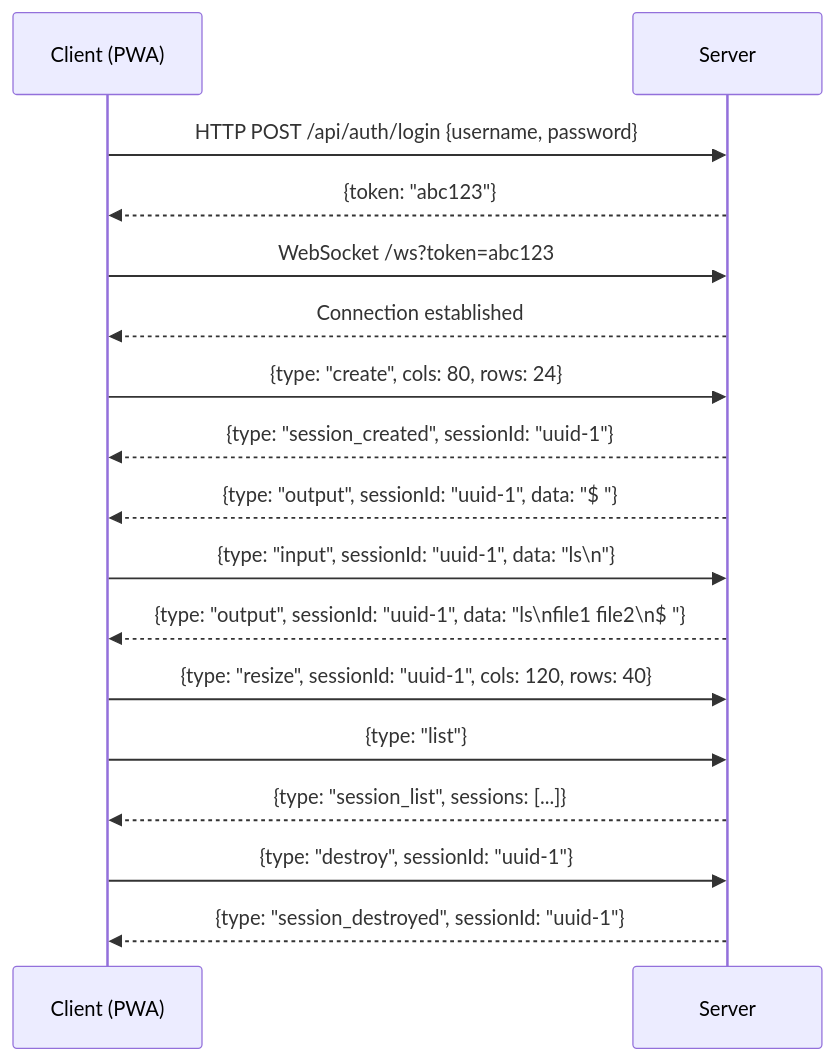
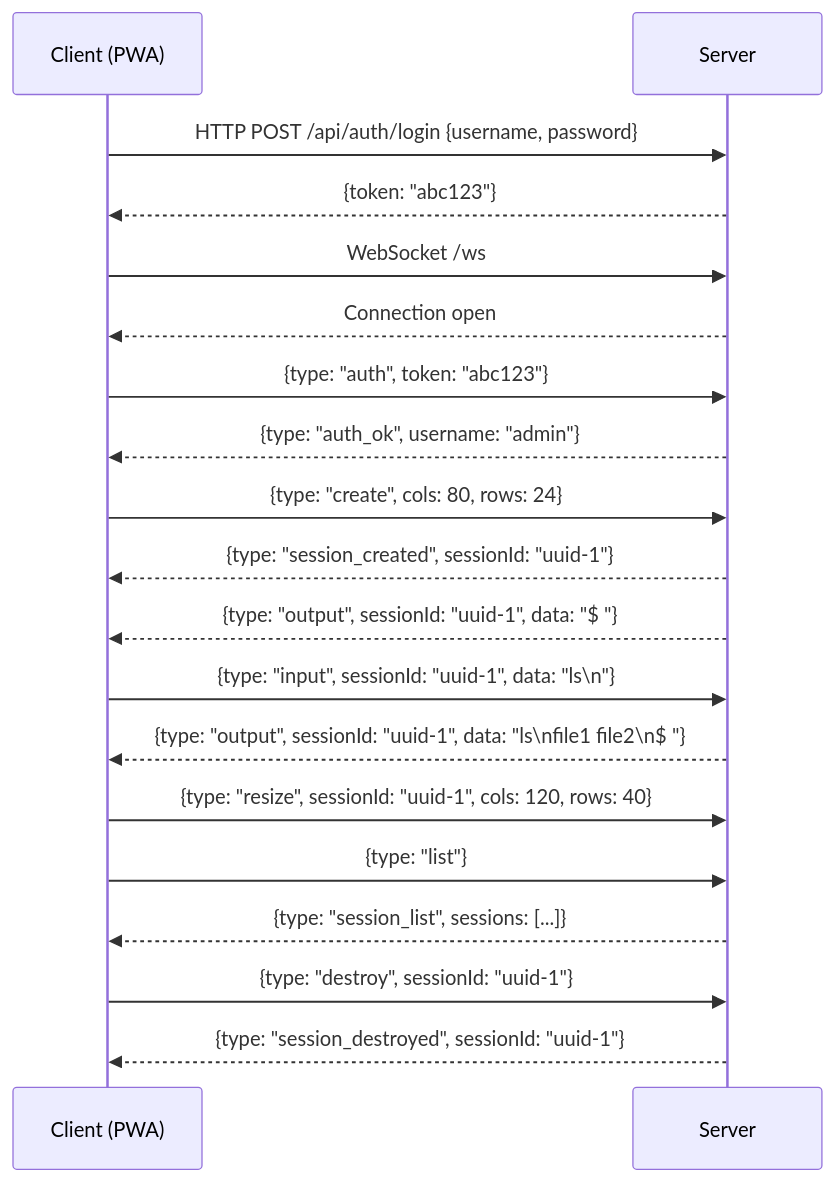
One commit to Abhishekreddy31/TermPilot changed the third of 6 diagrams in README.md. Above: the diagram before and after it, drawn with Mermaid. The commit also changed other lines of this file and 7 other files, not shown here.

First line of the commit message:
feat: wire Zod schemas, enforce idle timeout, add PWA icons, fix README

````diff
--- a/README.md
+++ b/README.md
@@ -114,26 +114,28 @@
 ```mermaid
 sequenceDiagram
     participant C as Client (PWA)
     participant S as Server
 
     C->>S: HTTP POST /api/auth/login {username, password}
     S-->>C: {token: "abc123"}
 
-    C->>S: WebSocket /ws?token=abc123
-    S-->>C: Connection established
+    C->>S: WebSocket /ws
+    S-->>C: Connection open
+    C->>S: {type: "auth", token: "abc123"}
+    S-->>C: {type: "auth_ok", username: "admin"}
 
     C->>S: {type: "create", cols: 80, rows: 24}
     S-->>C: {type: "session_created", sessionId: "uuid-1"}
     S-->>C: {type: "output", sessionId: "uuid-1", data: "$ "}
 
     C->>S: {type: "input", sessionId: "uuid-1", data: "ls\n"}
     S-->>C: {type: "output", sessionId: "uuid-1", data: "ls\nfile1 file2\n$ "}
 
     C->>S: {type: "resize", sessionId: "uuid-1", cols: 120, rows: 40}
 
     C->>S: {type: "list"}
     S-->>C: {type: "session_list", sessions: [...]}
 
     C->>S: {type: "destroy", sessionId: "uuid-1"}
     S-->>C: {type: "session_destroyed", sessionId: "uuid-1"}
 ```
````
